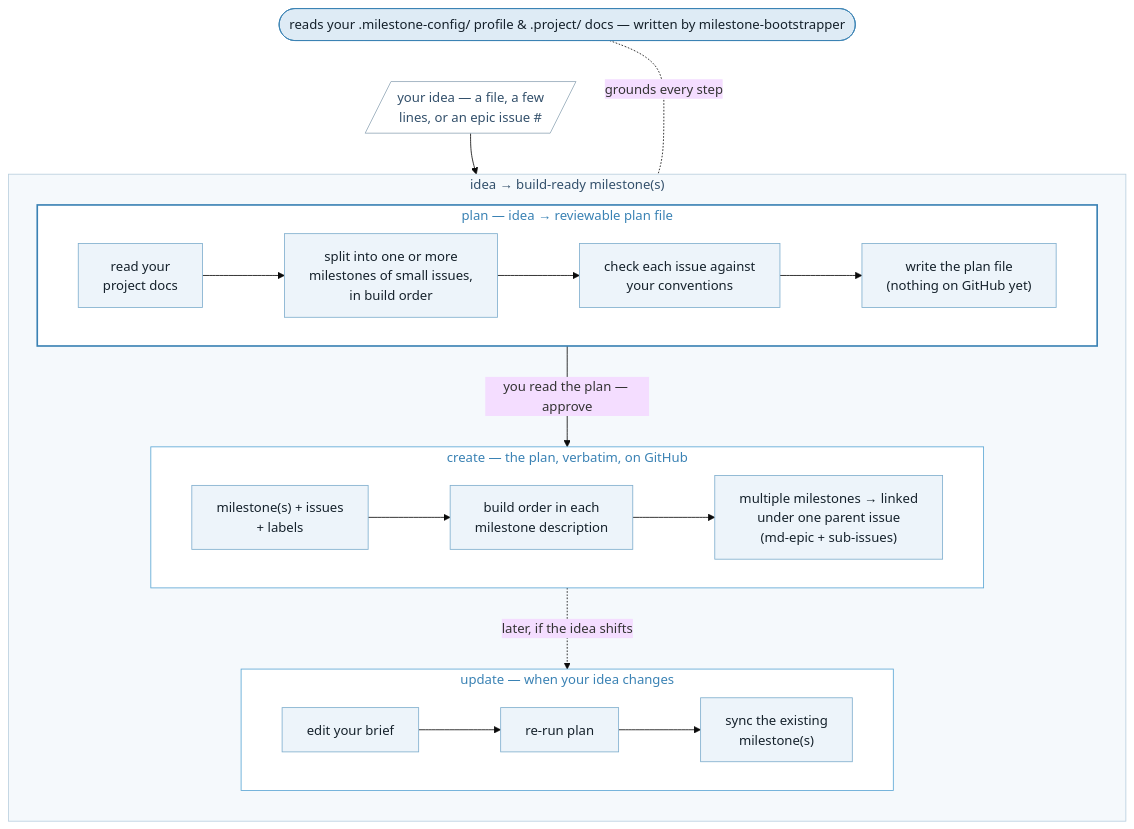
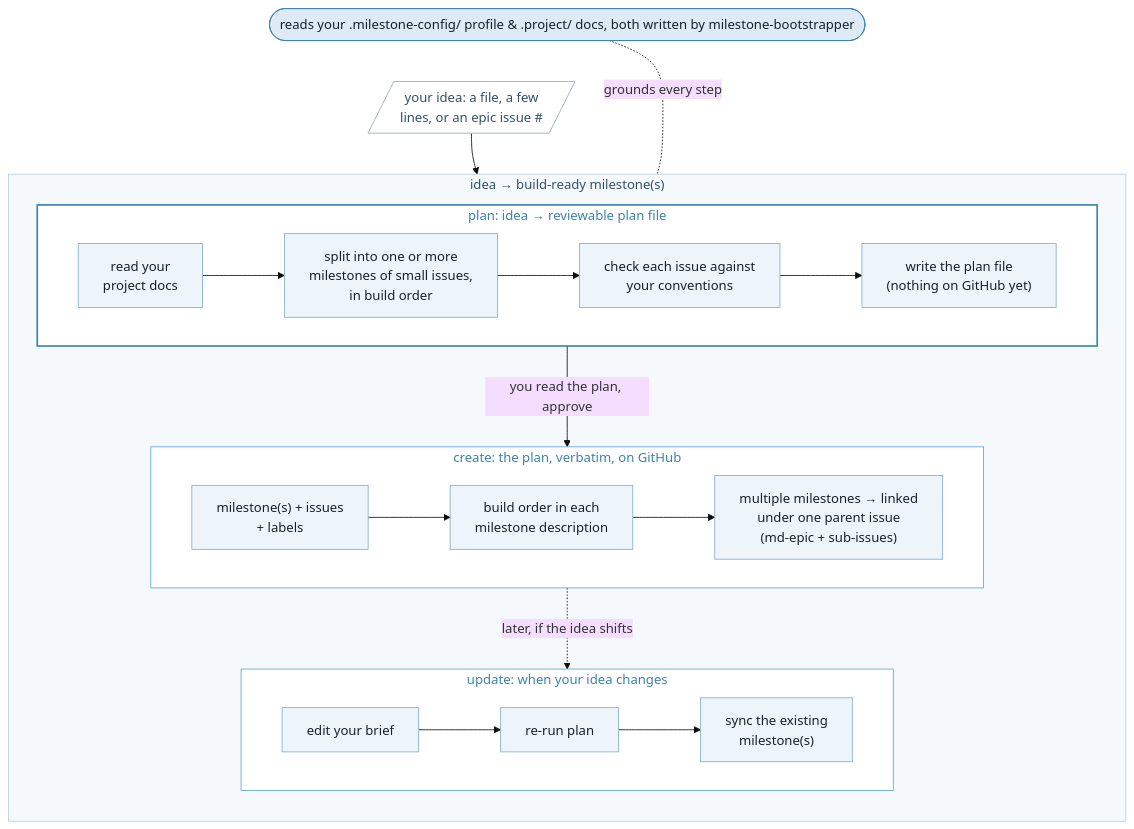
One commit to kenmulford/milestone-feeder changed the diagram in README.md. Above: the diagram before and after it, drawn with Mermaid (base theme). The commit also changed other lines of this file and 6 other files, not shown here.

````diff
--- a/README.md
+++ b/README.md
@@ -25,39 +25,39 @@
 ```mermaid
 %%{init: {"flowchart": {"wrappingWidth": 900}} }%%
 flowchart TD
-    cfg(["reads your .milestone-config/ profile &amp; .project/ docs — written by milestone-bootstrapper"])
+    cfg(["reads your .milestone-config/ profile &amp; .project/ docs, both written by milestone-bootstrapper"])
 
-    input[/"your idea — a file, a few<br/>lines, or an epic issue #"/]
+    input[/"your idea: a file, a few<br/>lines, or an epic issue #"/]
 
     subgraph loop ["idea → build-ready milestone(s)"]
         direction TB
-        subgraph sgP [plan — idea → reviewable plan file]
+        subgraph sgP ["plan: idea → reviewable plan file"]
             direction LR
             p1["read your<br/>project docs"] --> p2["split into one or more<br/>milestones of small issues,<br/>in build order"] --> p3["check each issue against<br/>your conventions"] --> p4["write the plan file<br/>(nothing on GitHub yet)"]
         end
-        subgraph sgC [create — the plan, verbatim, on GitHub]
+        subgraph sgC ["create: the plan, verbatim, on GitHub"]
             direction LR
             c1["milestone(s) + issues<br/>+ labels"] --> c2["build order in each<br/>milestone description"] --> c3["multiple milestones → linked<br/>under one parent issue<br/>(md-epic + sub-issues)"]
         end
-        subgraph sgUp [update — when your idea changes]
+        subgraph sgUp ["update: when your idea changes"]
             direction LR
             up1["edit your brief"] --> up2["re-run plan"] --> up3["sync the existing<br/>milestone(s)"]
         end
 
-        sgP -->|you read the plan — approve| sgC
+        sgP -->|you read the plan, approve| sgC
         sgC -.->|later, if the idea shifts| sgUp
     end
 
     cfg ~~~ input
     input --> sgP
     cfg <-.-|grounds every step| loop
 
     style cfg fill:#DEEBF5,stroke:#3A82B4,color:#15212B
     style input fill:#FFFFFF,stroke:#94A9B8,color:#33506B
     style loop fill:#F5F9FC,stroke:#B9CFDF,color:#33506B
     style sgP fill:#FFFFFF,stroke:#3A82B4,stroke-width:2px,color:#3A82B4
     style sgC fill:#FFFFFF,stroke:#5AA6D4,color:#3A82B4
     style sgUp fill:#FFFFFF,stroke:#5AA6D4,color:#3A82B4
     classDef action fill:#EDF4FA,stroke:#7FAECE,color:#15212B
     class p1,p2,p3,p4,c1,c2,c3,up1,up2,up3 action
 ```
````
